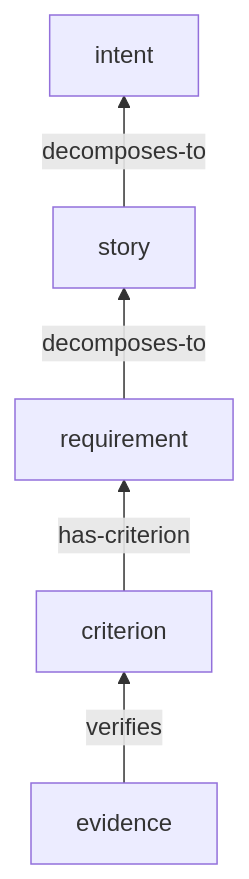
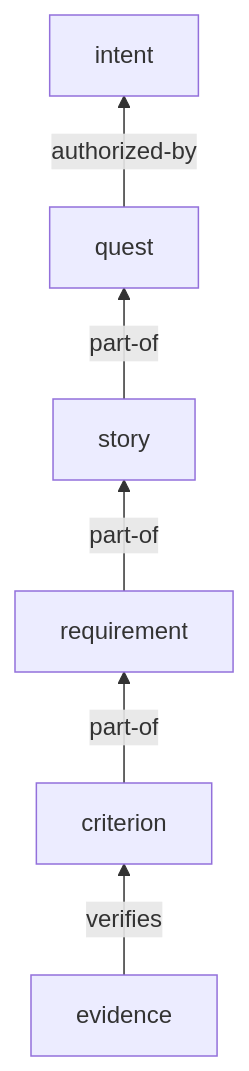
One commit to flyingrobots/xyph changed the diagram in docs/M11-phase3-design.md. Above: the diagram before and after it, drawn with Mermaid. The commit also changed 8 other files, not shown here.

First line of the commit message:
fix: resolve review findings in Mermaid diagrams (WVR-006)

````diff
--- a/docs/M11-phase3-design.md
+++ b/docs/M11-phase3-design.md
@@ -12,7 +12,8 @@
 ```mermaid
 graph BT
     Evidence["evidence"] -->|verifies| Criterion["criterion"]
-    Criterion -->|has-criterion| Requirement["requirement"]
-    Requirement -->|decomposes-to| Story["story"]
-    Story -->|decomposes-to| Intent["intent"]
+    Criterion -->|part-of| Requirement["requirement"]
+    Requirement -->|part-of| Story["story"]
+    Story -->|part-of| Quest["quest"]
+    Quest -->|authorized-by| Intent["intent"]
 ```
````
